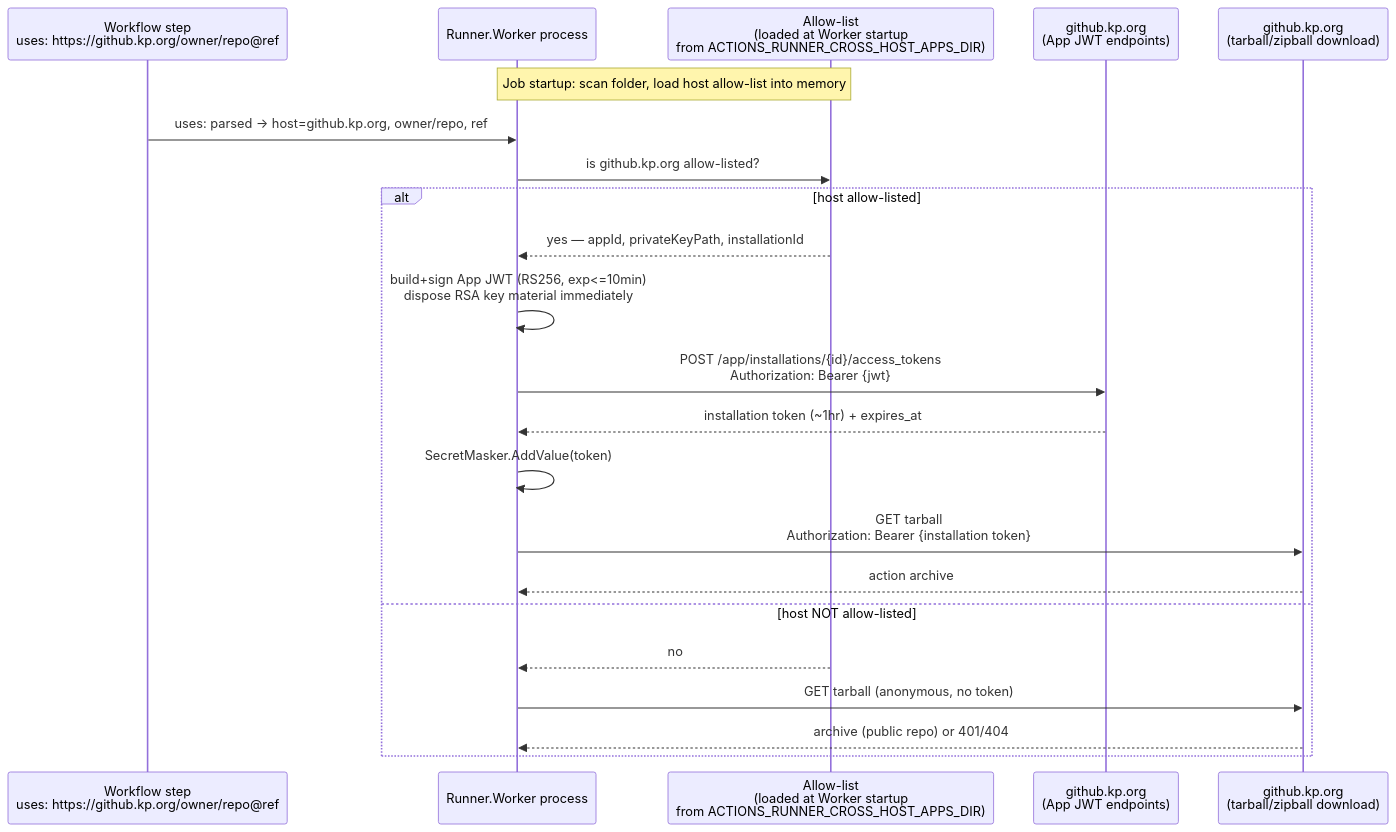
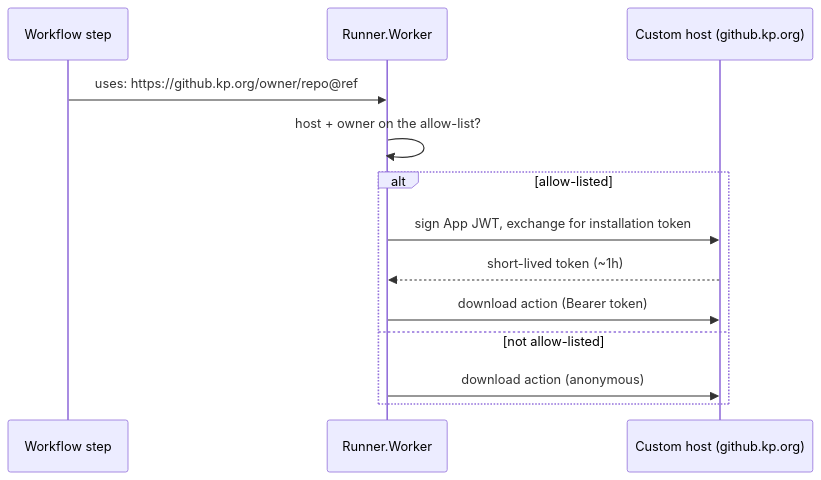
One commit to provenvelocity/runner changed the second of 2 diagrams in docs/feature/secure_app_id.md. Above: the diagram before and after it, drawn with Mermaid. The commit also changed other lines of this file, not shown here.

First line of the commit message:
docs: restructure secure_app_id.md for readability + add key-protection guidance

````diff
--- a/docs/feature/secure_app_id.md
+++ b/docs/feature/secure_app_id.md
@@ -234,25 +181,16 @@
 ```mermaid
 sequenceDiagram
-    participant WF as Workflow step<br/>uses: https://github.kp.org/owner/repo@ref
-    participant W as Runner.Worker process
-    participant AL as Allow-list<br/>(loaded at Worker startup<br/>from ACTIONS_RUNNER_CROSS_HOST_APPS_DIR)
-    participant KP as github.kp.org<br/>(App JWT endpoints)
-    participant DL as github.kp.org<br/>(tarball/zipball download)
+    participant Step as Workflow step
+    participant Runner as Runner.Worker
+    participant Host as Custom host (github.kp.org)
 
-    Note over W,AL: Job startup: scan folder, load host allow-list into memory
-    WF->>W: uses: parsed → host=github.kp.org, owner/repo, ref
-    W->>AL: is github.kp.org allow-listed?
-    alt host allow-listed
-        AL-->>W: yes — appId, privateKeyPath, installationId
-        W->>W: build+sign App JWT (RS256, exp<=10min)<br/>dispose RSA key material immediately
-        W->>KP: POST /app/installations/{id}/access_tokens<br/>Authorization: Bearer {jwt}
-        KP-->>W: installation token (~1hr) + expires_at
-        W->>W: SecretMasker.AddValue(token)
-        W->>DL: GET tarball<br/>Authorization: Bearer {installation token}
-        DL-->>W: action archive
-    else host NOT allow-listed
-        AL-->>W: no
-        W->>DL: GET tarball (anonymous, no token)
-        DL-->>W: archive (public repo) or 401/404
+    Step->>Runner: uses: https://github.kp.org/owner/repo@ref
+    Runner->>Runner: host + owner on the allow-list?
+    alt allow-listed
+        Runner->>Host: sign App JWT, exchange for installation token
+        Host-->>Runner: short-lived token (~1h)
+        Runner->>Host: download action (Bearer token)
+    else not allow-listed
+        Runner->>Host: download action (anonymous)
     end
 ```
````
